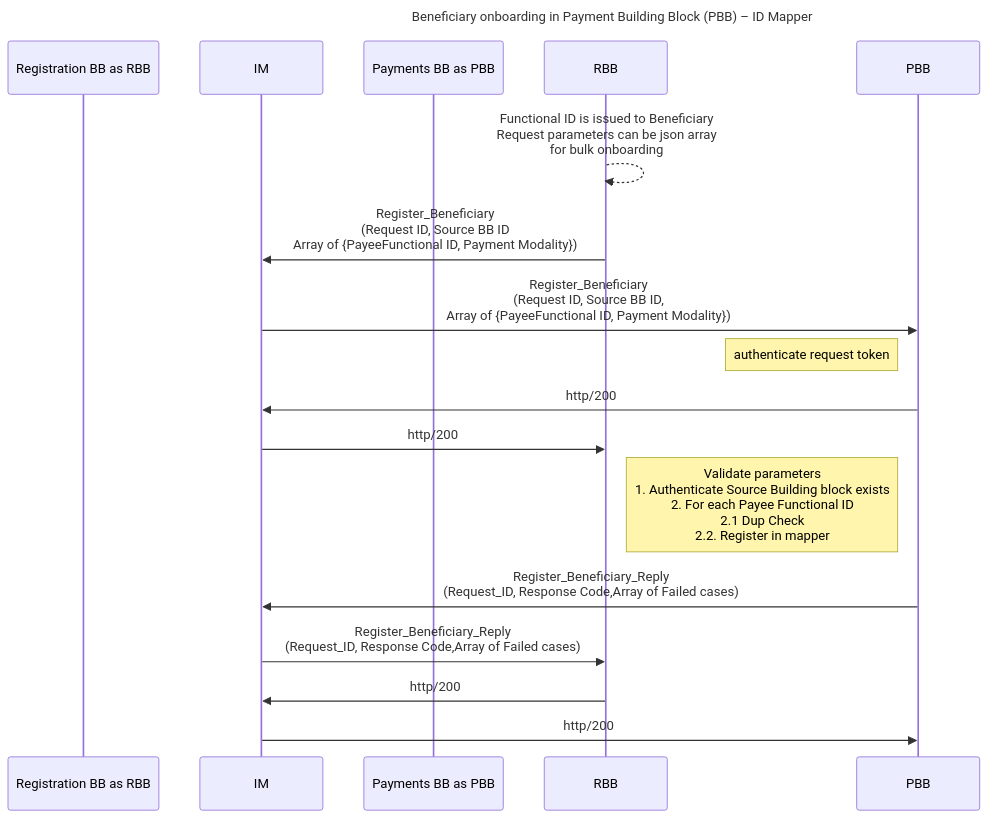
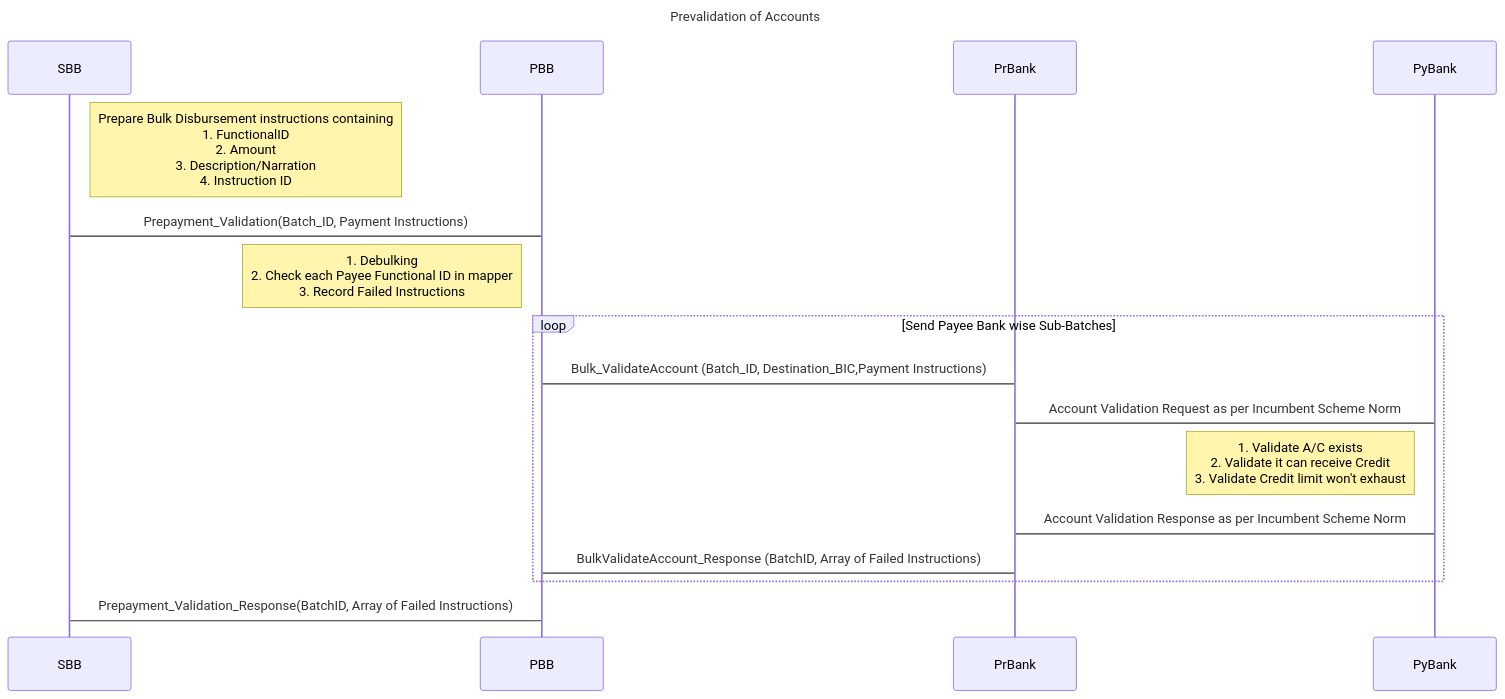
The second of 8 diagrams in spec/10-workflows.md (somanath21/bb-payments), drawn with Mermaid before and after one commit. The commit also changed other lines of this file and 3 other files, not shown here.

````diff
--- a/spec/10-workflows.md
+++ b/spec/10-workflows.md
@@ -15,19 +50,24 @@
 ```mermaid
 sequenceDiagram
+title Prevalidation of Accounts
 
-title Beneficiary onboarding in Payment Building Block (PBB) – ID Mapper
-participant Registration BB as RBB
-participant IM
-participant Payments BB as PBB
-RBB-->> RBB: Functional ID is issued to Beneficiary<br>Request parameters can be json array<br>for bulk onboarding
-RBB ->> IM:  Register_Beneficiary <br>(Request ID, Source BB ID<br>Array of {PayeeFunctional ID, Payment Modality})
-IM ->> PBB:  Register_Beneficiary <br>(Request ID, Source BB ID,<br>Array of {PayeeFunctional ID, Payment Modality})
-note left of PBB: authenticate request token
-PBB ->> IM:  http/200
-IM ->> RBB: http/200
-note left of PBB: Validate parameters <br>1. Authenticate Source Building block exists<br>2. For each Payee Functional ID<br>2.1 Dup Check<br>2.2. Register in mapper
-PBB ->> IM:  Register_Beneficiary_Reply<br>(Request_ID, Response Code,Array of Failed cases)
-IM ->> RBB:  Register_Beneficiary_Reply<br>(Request_ID, Response Code,Array of Failed cases)
-RBB ->> IM: http/200
-IM ->> PBB: http/200
+note right of SBB: Prepare Bulk Disbursement instructions containing <br>1. FunctionalID <br>2. Amount <br>3. Description/Narration <br>4. Instruction ID
+
+SBB -> PBB:  Prepayment_Validation(Batch_ID, Payment Instructions)
+
+note left of PBB: 1. Debulking <br>2. Check each Payee Functional ID in mapper <br>3. Record Failed Instructions
+
+loop Send Payee Bank wise Sub-Batches
+PBB -> PrBank: Bulk_ValidateAccount (Batch_ID, Destination_BIC,Payment Instructions)
+PrBank -> PyBank: Account Validation Request as per Incumbent Scheme Norm
+
+note left of PyBank: 1. Validate A/C exists <br>2. Validate it can receive Credit <br>3. Validate Credit limit won't exhaust
+
+PyBank -> PrBank: Account Validation Response as per Incumbent Scheme Norm
+PrBank -> PBB: BulkValidateAccount_Response (BatchID, Array of Failed Instructions)
+end
+
+PBB -> SBB: Prepayment_Validation_Response(BatchID, Array of Failed Instructions)
+
+
 ```
````
